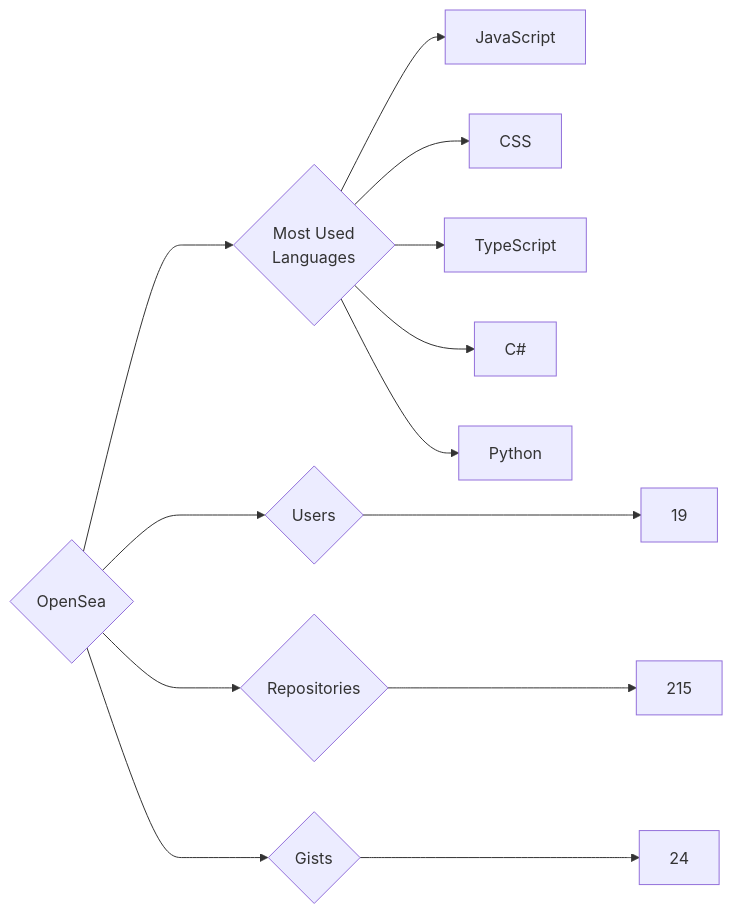
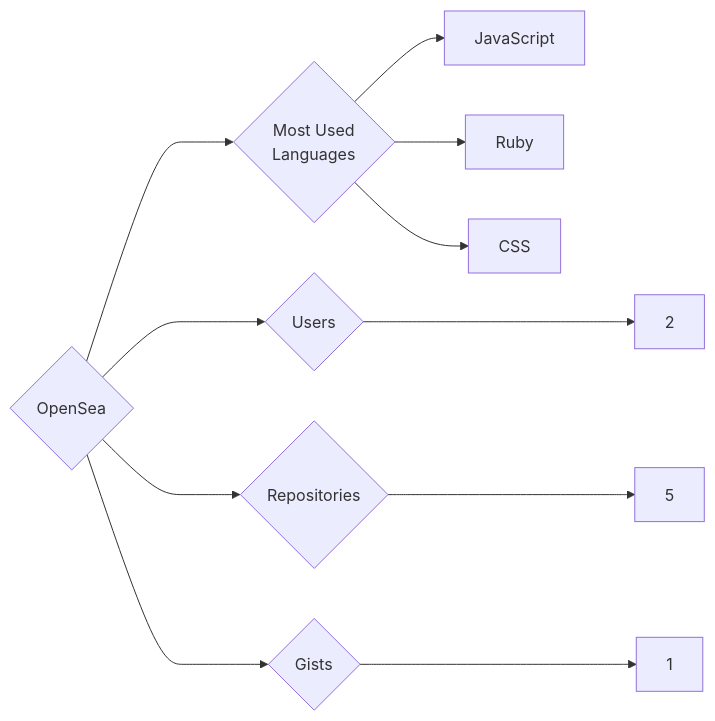
One commit to trickest/insiders changed the diagram in targets/OpenSea/README.md. Above: the diagram before and after it, drawn with Mermaid. The commit also changed 948 other files, not shown here.

````diff
--- a/targets/OpenSea/README.md
+++ b/targets/OpenSea/README.md
@@ -3,13 +3,11 @@
 ```mermaid
 graph LR
 COMPANY_NAME{OpenSea}
-COMPANY_NAME ---> U{Users} ---> UN[19]
-COMPANY_NAME ---> R{Repositories} ---> RN[215]
-COMPANY_NAME ---> G{Gists} ---> GN[24]
+COMPANY_NAME ---> U{Users} ---> UN[2]
+COMPANY_NAME ---> R{Repositories} ---> RN[5]
+COMPANY_NAME ---> G{Gists} ---> GN[1]
 COMPANY_NAME ---> ML{Most Used<br>Languages}
 ML --> JavaScript[JavaScript]
+ML --> Ruby[Ruby]
 ML --> CSS[CSS]
-ML --> TypeScript[TypeScript]
-ML --> C#[C#]
-ML --> Python[Python]
 ```
````
